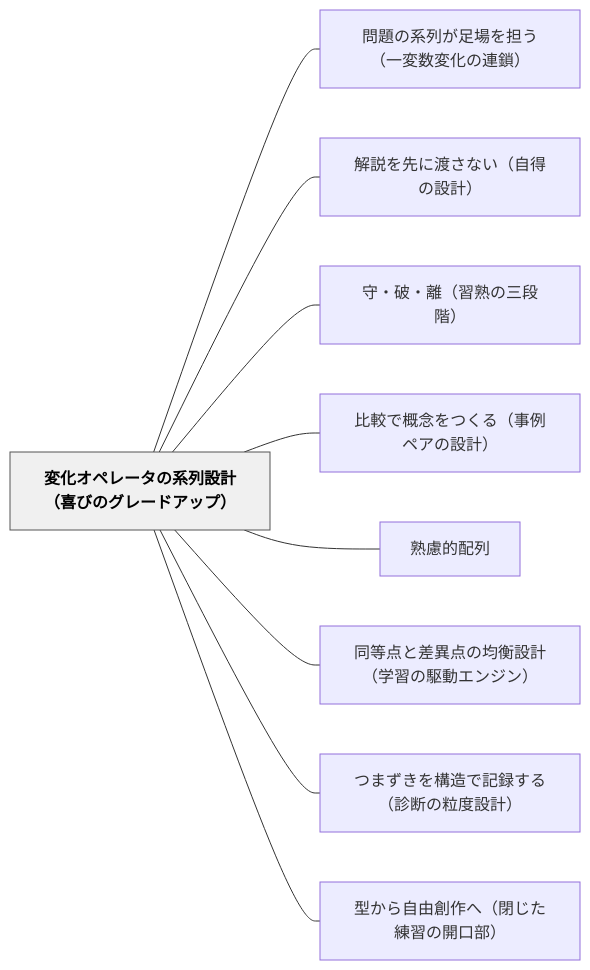
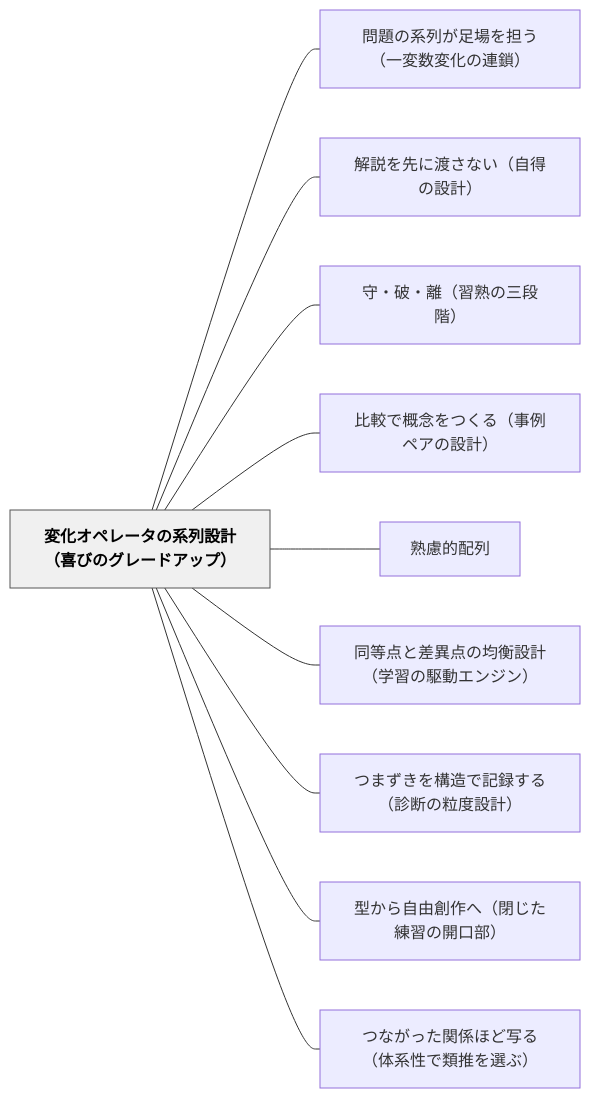
Before and after one commit to unknownthings-ed-patterns/unknownthings-ed-patterns: the diagram in content/パタン/変化オペレータの系列設計（喜びのグレードアップ）.md, drawn with Mermaid. The commit also changed other lines of this file and 15 other files, not shown here.

````diff
--- a/content/パタン/変化オペレータの系列設計（喜びのグレードアップ）.md
+++ b/content/パタン/変化オペレータの系列設計（喜びのグレードアップ）.md
@@ -120,24 +122,26 @@
 ```mermaid
 flowchart LR
     ne5a489e58c96e382aae3839ae383ace383bce382bfe381aee7b3bbe58897e8a8ade8a888efbc88e5969ce381b3e381aee382b0e383ace383bce38389e382a2e38383e38397efbc89["変化オペレータの系列設計（喜びのグレードアップ）"]
     ne5958fe9a18ce381aee7b3bbe58897e3818ce8b6b3e5a0b4e38292e68b85e38186efbc88e4b880e5a489e695b0e5a489e58c96e381aee980a3e98e96efbc89["問題の系列が足場を担う（一変数変化の連鎖）"]
     ne8a7a3e8aaace38292e58588e381abe6b8a1e38195e381aae38184efbc88e887aae5be97e381aee8a8ade8a888efbc89["解説を先に渡さない（自得の設計）"]
     ne5ae88e383bbe7a0b4e383bbe99ba2efbc88e7bf92e7869fe381aee4b889e6aeb5e99a8eefbc89["守・破・離（習熟の三段階）"]
     ne6af94e8bc83e381a7e6a682e5bfb5e38292e381a4e3818fe3828befbc88e4ba8be4be8be3839ae382a2e381aee8a8ade8a888efbc89["比較で概念をつくる（事例ペアの設計）"]
     ne7869fe685aee79a84e9858de58897["熟慮的配列"]
     ne5908ce7ad89e782b9e381a8e5b7aee795b0e782b9e381aee59d87e8a1a1e8a8ade8a888efbc88e5ada6e7bf92e381aee9a786e58b95e382a8e383b3e382b8e383b3efbc89["同等点と差異点の均衡設計（学習の駆動エンジン）"]
     ne381a4e381bee3819ae3818de38292e6a78be980a0e381a7e8a898e98cb2e38199e3828befbc88e8a8bae696ade381aee7b292e5baa6e8a8ade8a888efbc89["つまずきを構造で記録する（診断の粒度設計）"]
     ne59e8be3818be38289e887aae794b1e589b5e4bd9ce381b8efbc88e99689e38198e3819fe7b7b4e7bf92e381aee9968be58fa3e983a8efbc89["型から自由創作へ（閉じた練習の開口部）"]
+    ne381a4e381aae3818ce381a3e3819fe996a2e4bf82e381bbe381a9e58699e3828befbc88e4bd93e7b3bbe680a7e381a7e9a19ee68ea8e38292e981b8e381b6efbc89["つながった関係ほど写る（体系性で類推を選ぶ）"]
 
     ne5a489e58c96e382aae3839ae383ace383bce382bfe381aee7b3bbe58897e8a8ade8a888efbc88e5969ce381b3e381aee382b0e383ace383bce38389e382a2e38383e38397efbc89 --- ne5958fe9a18ce381aee7b3bbe58897e3818ce8b6b3e5a0b4e38292e68b85e38186efbc88e4b880e5a489e695b0e5a489e58c96e381aee980a3e98e96efbc89
     ne5a489e58c96e382aae3839ae383ace383bce382bfe381aee7b3bbe58897e8a8ade8a888efbc88e5969ce381b3e381aee382b0e383ace383bce38389e382a2e38383e38397efbc89 --- ne8a7a3e8aaace38292e58588e381abe6b8a1e38195e381aae38184efbc88e887aae5be97e381aee8a8ade8a888efbc89
     ne5a489e58c96e382aae3839ae383ace383bce382bfe381aee7b3bbe58897e8a8ade8a888efbc88e5969ce381b3e381aee382b0e383ace383bce38389e382a2e38383e38397efbc89 --- ne5ae88e383bbe7a0b4e383bbe99ba2efbc88e7bf92e7869fe381aee4b889e6aeb5e99a8eefbc89
     ne5a489e58c96e382aae3839ae383ace383bce382bfe381aee7b3bbe58897e8a8ade8a888efbc88e5969ce381b3e381aee382b0e383ace383bce38389e382a2e38383e38397efbc89 --- ne6af94e8bc83e381a7e6a682e5bfb5e38292e381a4e3818fe3828befbc88e4ba8be4be8be3839ae382a2e381aee8a8ade8a888efbc89
     ne5a489e58c96e382aae3839ae383ace383bce382bfe381aee7b3bbe58897e8a8ade8a888efbc88e5969ce381b3e381aee382b0e383ace383bce38389e382a2e38383e38397efbc89 --- ne7869fe685aee79a84e9858de58897
     ne5a489e58c96e382aae3839ae383ace383bce382bfe381aee7b3bbe58897e8a8ade8a888efbc88e5969ce381b3e381aee382b0e383ace383bce38389e382a2e38383e38397efbc89 --- ne5908ce7ad89e782b9e381a8e5b7aee795b0e782b9e381aee59d87e8a1a1e8a8ade8a888efbc88e5ada6e7bf92e381aee9a786e58b95e382a8e383b3e382b8e383b3efbc89
     ne5a489e58c96e382aae3839ae383ace383bce382bfe381aee7b3bbe58897e8a8ade8a888efbc88e5969ce381b3e381aee382b0e383ace383bce38389e382a2e38383e38397efbc89 --- ne381a4e381bee3819ae3818de38292e6a78be980a0e381a7e8a898e98cb2e38199e3828befbc88e8a8bae696ade381aee7b292e5baa6e8a8ade8a888efbc89
     ne5a489e58c96e382aae3839ae383ace383bce382bfe381aee7b3bbe58897e8a8ade8a888efbc88e5969ce381b3e381aee382b0e383ace383bce38389e382a2e38383e38397efbc89 --- ne59e8be3818be38289e887aae794b1e589b5e4bd9ce381b8efbc88e99689e38198e3819fe7b7b4e7bf92e381aee9968be58fa3e983a8efbc89
+    ne5a489e58c96e382aae3839ae383ace383bce382bfe381aee7b3bbe58897e8a8ade8a888efbc88e5969ce381b3e381aee382b0e383ace383bce38389e382a2e38383e38397efbc89 --- ne381a4e381aae3818ce381a3e3819fe996a2e4bf82e381bbe381a9e58699e3828befbc88e4bd93e7b3bbe680a7e381a7e9a19ee68ea8e38292e981b8e381b6efbc89
 
     classDef hub fill:#f0f0f0,stroke:#555,color:#000,font-weight:bold
     class ne5a489e58c96e382aae3839ae383ace383bce382bfe381aee7b3bbe58897e8a8ade8a888efbc88e5969ce381b3e381aee382b0e383ace383bce38389e382a2e38383e38397efbc89 hub
 ```
````
